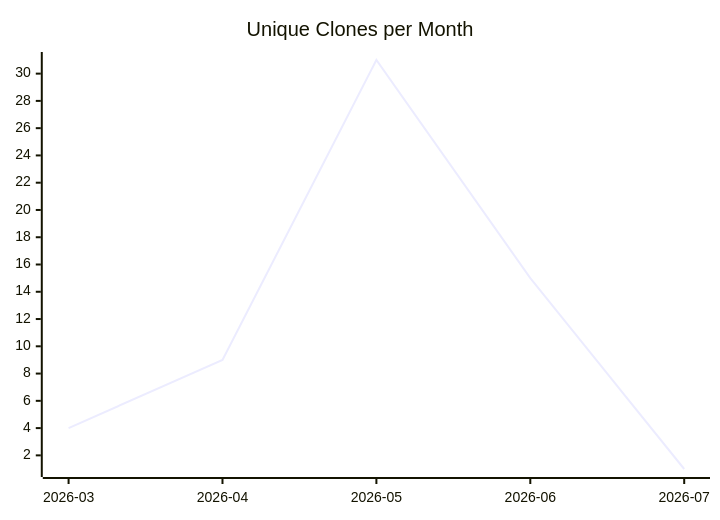
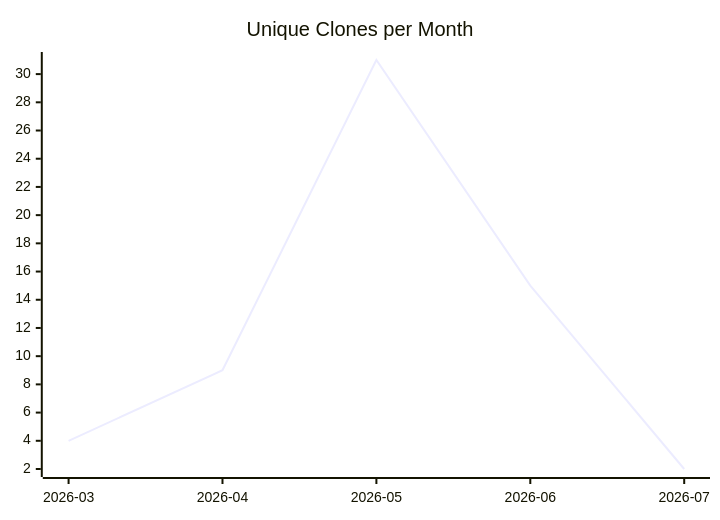
One commit to justdavis-family/github-analytics-data changed the third of 3 diagrams in karlmdavis/ansible-role-rcm-dotfiles/README.md. Above: the diagram before and after it, drawn with Mermaid. The commit also changed other lines of this file and 184 other files, not shown here.

````diff
--- a/karlmdavis/ansible-role-rcm-dotfiles/README.md
+++ b/karlmdavis/ansible-role-rcm-dotfiles/README.md
@@ -19,6 +19,6 @@
 ```mermaid
 xychart-beta
   title "Unique Clones per Month"
   x-axis ["2026-03", "2026-04", "2026-05", "2026-06", "2026-07"]
-  line [4, 9, 31, 15, 1]
+  line [4, 9, 31, 15, 2]
 ```
````
